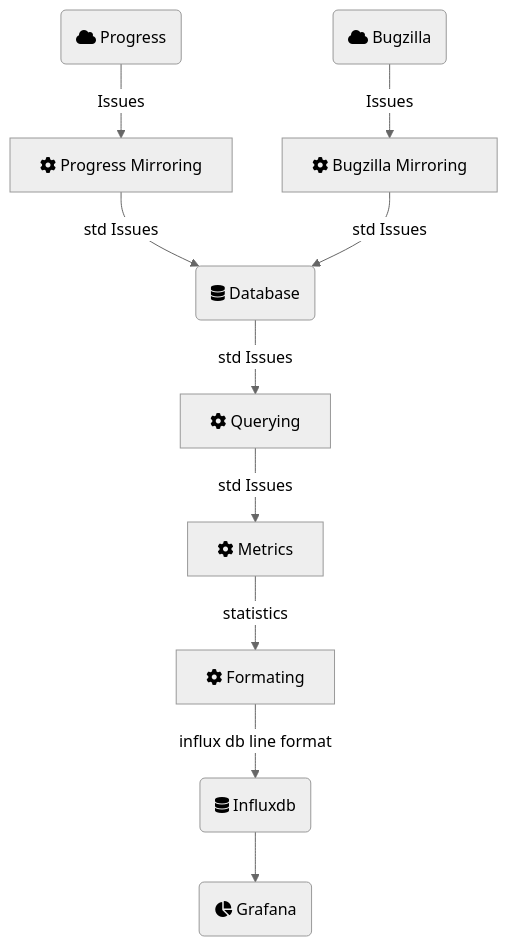
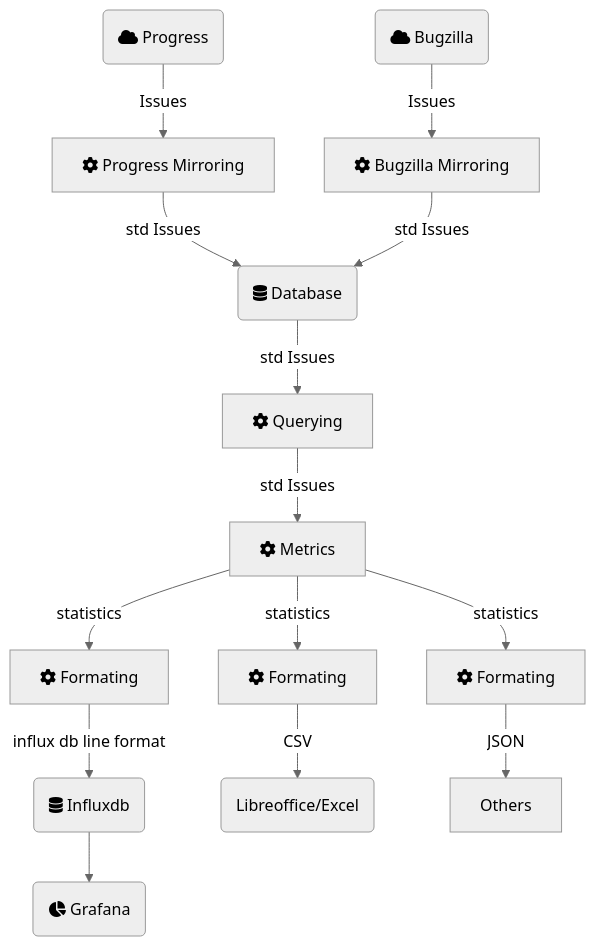
The diagram in README.md (ilausuch/project_management_statistics), drawn with Mermaid (neutral theme) before and after one commit.

Commit message:
Improve the documentation diagram with other formating options

````diff
--- a/README.md
+++ b/README.md
@@ -5,12 +5,16 @@
 ```mermaid
 graph TD
     A(fa:fa-cloud Progress) -->|Issues| B[fa:fa-gear Progress Mirroring]
     C(fa:fa-cloud Bugzilla) -->|Issues| D[fa:fa-gear Bugzilla Mirroring]
     B -->|std Issues| E(fa:fa-database Database)
     D -->|std Issues| E
     E -->|std Issues| F[fa:fa-gear Querying]
     F -->|std Issues| G[fa:fa-gear Metrics]
     G -->|statistics| H[fa:fa-gear Formating]
+    G -->|statistics| H2[fa:fa-gear Formating]
+    G -->|statistics| H3[fa:fa-gear Formating]
     H -->|influx db line format| I(fa:fa-database Influxdb)
     I --> J(fa:fa-chart-pie Grafana)
+    H2 -->|CSV| LibreOffice(Libreoffice/Excel)
+    H3 -->|JSON| Others
 ```
````
